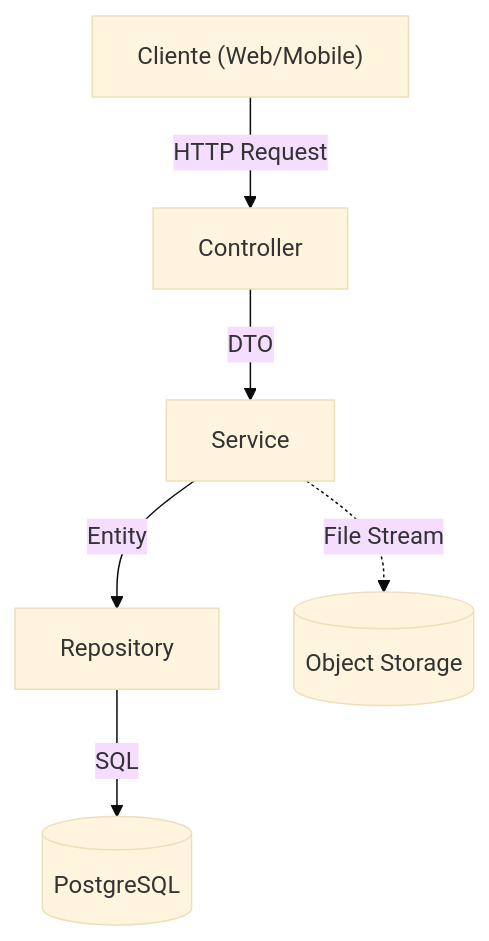
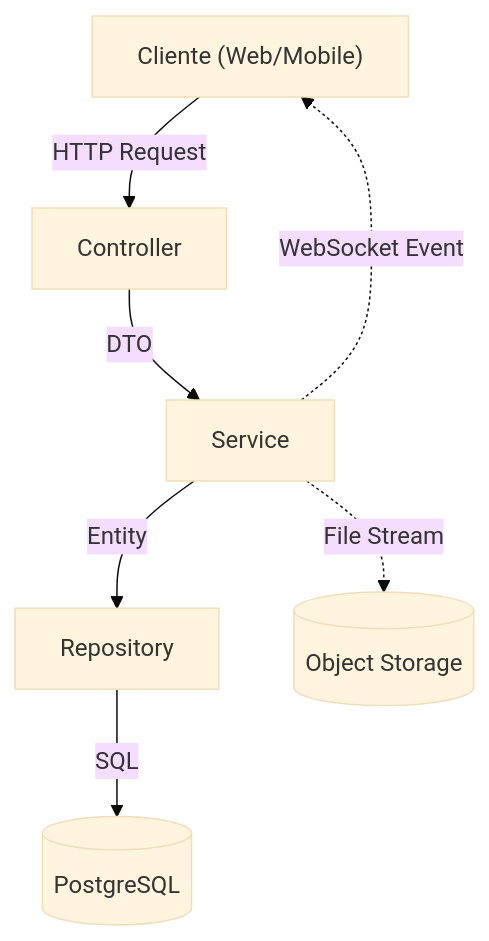
One commit to tatehira/wendrewnickcostatatehira072129 changed the diagram in README.md. Above: the diagram before and after it, drawn with Mermaid (base theme).

Commit message:
adicionado websocket no readme

````diff
--- a/README.md
+++ b/README.md
@@ -93,8 +93,9 @@
 ```mermaid
 graph TD
     Client["Cliente (Web/Mobile)"] -->|HTTP Request| Controller
     Controller -->|DTO| Service
     Service -->|Entity| Repository
     Repository -->|SQL| Database[("PostgreSQL")]
     Service -.->|File Stream| MinIO[("Object Storage")]
+    Service -.->|WebSocket Event| Client
 ```
````
